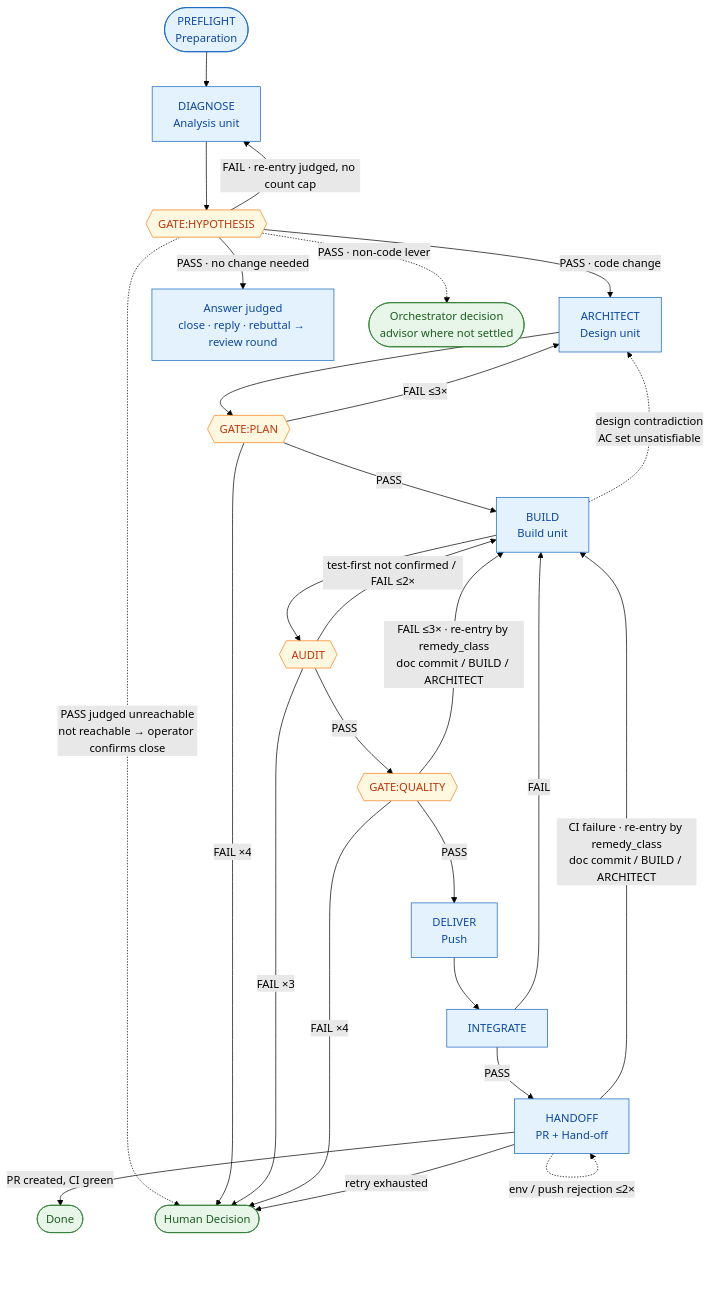
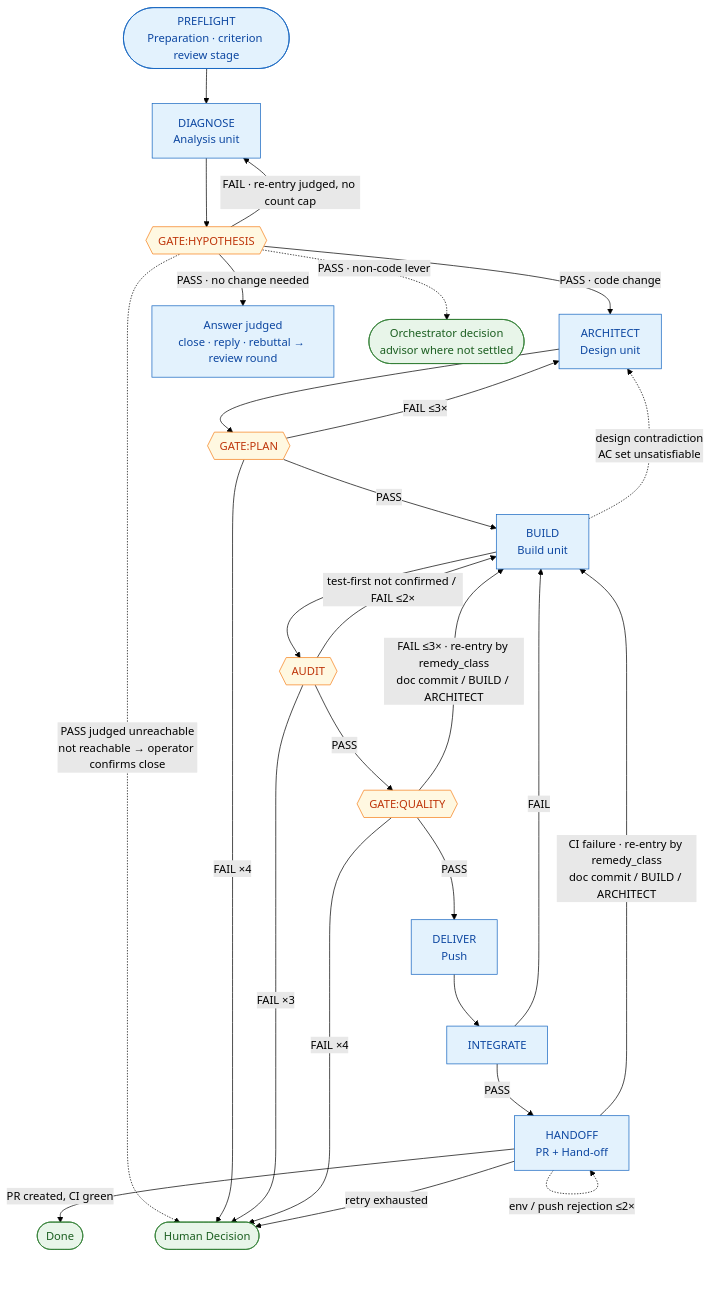
One commit to Munsik-Park/autoflow changed the diagram in docs/autoflow-guide.md. Above: the diagram before and after it, drawn with Mermaid (forest theme). The commit also changed other lines of this file and 32 other files, not shown here.

First line of the commit message:
feat(#465): the criterion review becomes the first stage of an attempt's cycle

````diff
--- a/docs/autoflow-guide.md
+++ b/docs/autoflow-guide.md
@@ -53,49 +53,49 @@
 ```mermaid
 flowchart TD
-    PRE([PREFLIGHT<br/>Preparation]):::phase
+    PRE([PREFLIGHT<br/>Preparation · criterion review stage]):::phase
     DIA[DIAGNOSE<br/>Analysis unit]:::phase
     HYP{{GATE:HYPOTHESIS}}:::gate
     ARC[ARCHITECT<br/>Design unit]:::phase
     PLAN{{GATE:PLAN}}:::gate
     BLD[BUILD<br/>Build unit]:::phase
     AUD{{AUDIT}}:::gate
     QUAL{{GATE:QUALITY}}:::gate
     DEL[DELIVER<br/>Push]:::phase
     INT[INTEGRATE]:::phase
     HAND[HANDOFF<br/>PR + Hand-off]:::phase
     ANS[Answer judged<br/>close · reply · rebuttal → review round]:::phase
     DONE([Done]):::terminal
     HUMAN([Human Decision]):::terminal
     ADV([Orchestrator decision<br/>advisor where not settled]):::terminal
 
     PRE --> DIA
     DIA --> HYP
     HYP -->|PASS · no change needed| ANS
     HYP -.->|PASS · non-code lever| ADV
     HYP -->|PASS · code change| ARC
     HYP -->|FAIL · re-entry judged, no count cap| DIA
     HYP -.->|PASS judged unreachable<br/>not reachable → operator confirms close| HUMAN
     ARC --> PLAN
     PLAN -->|PASS| BLD
     PLAN -->|FAIL ≤3×| ARC
     PLAN -->|FAIL ×4| HUMAN
     BLD --> AUD
     BLD -.->|design contradiction<br/>AC set unsatisfiable| ARC
     AUD -->|test-first not confirmed / FAIL ≤2×| BLD
     AUD -->|FAIL ×3| HUMAN
     AUD -->|PASS| QUAL
     QUAL -->|PASS| DEL
     QUAL -->|FAIL ≤3× · re-entry by remedy_class<br/>doc commit / BUILD / ARCHITECT| BLD
     QUAL -->|FAIL ×4| HUMAN
     DEL --> INT
     INT -->|FAIL| BLD
     INT -->|PASS| HAND
     HAND -.->|env / push rejection ≤2×| HAND
     HAND -->|CI failure · re-entry by remedy_class<br/>doc commit / BUILD / ARCHITECT| BLD
     HAND -->|retry exhausted| HUMAN
     HAND -->|PR created, CI green| DONE
 
     classDef phase fill:#e3f2fd,stroke:#1565c0,color:#0d47a1
     classDef gate fill:#fff8e1,stroke:#f57f17,color:#bf360c
     classDef terminal fill:#e8f5e9,stroke:#2e7d32,color:#1b5e20
 ```
````
